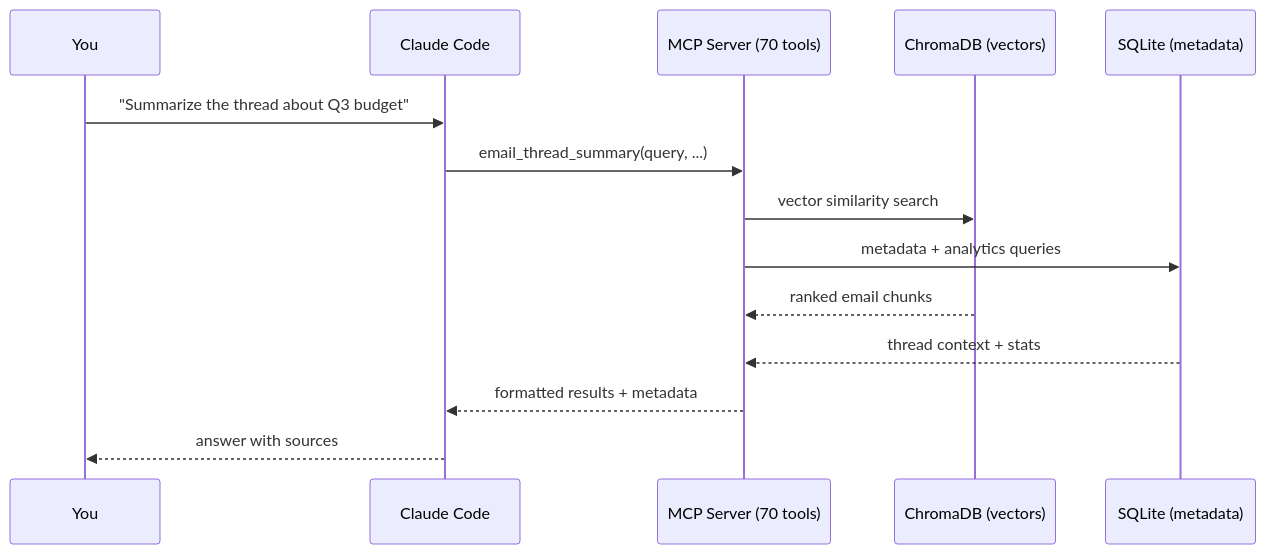
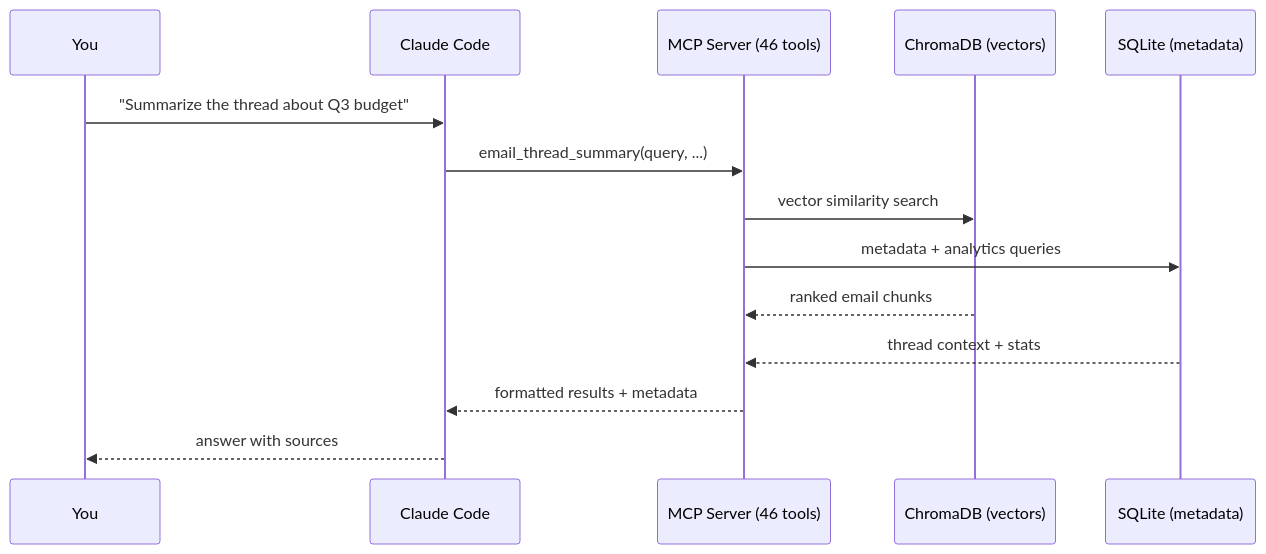
One commit to sebastianspicker/outlook-email-rag changed the second of 8 diagrams in README.md. Above: the diagram before and after it, drawn with Mermaid. The commit also changed other lines of this file and 44 other files, not shown here.

First line of the commit message:
feat: consolidate MCP tools 72→46, add model profiles, scan sessions, response budgeting, and fix 6 bugs

````diff
--- a/README.md
+++ b/README.md
@@ -71,17 +71,17 @@
 ```mermaid
 sequenceDiagram
     participant You
     participant Claude as Claude Code
-    participant MCP as MCP Server (70 tools)
+    participant MCP as MCP Server (46 tools)
     participant VDB as ChromaDB (vectors)
     participant SQL as SQLite (metadata)
 
     You->>Claude: "Summarize the thread about Q3 budget"
     Claude->>MCP: email_thread_summary(query, ...)
     MCP->>VDB: vector similarity search
     MCP->>SQL: metadata + analytics queries
     VDB-->>MCP: ranked email chunks
     SQL-->>MCP: thread context + stats
     MCP-->>Claude: formatted results + metadata
     Claude-->>You: answer with sources
 ```
````
